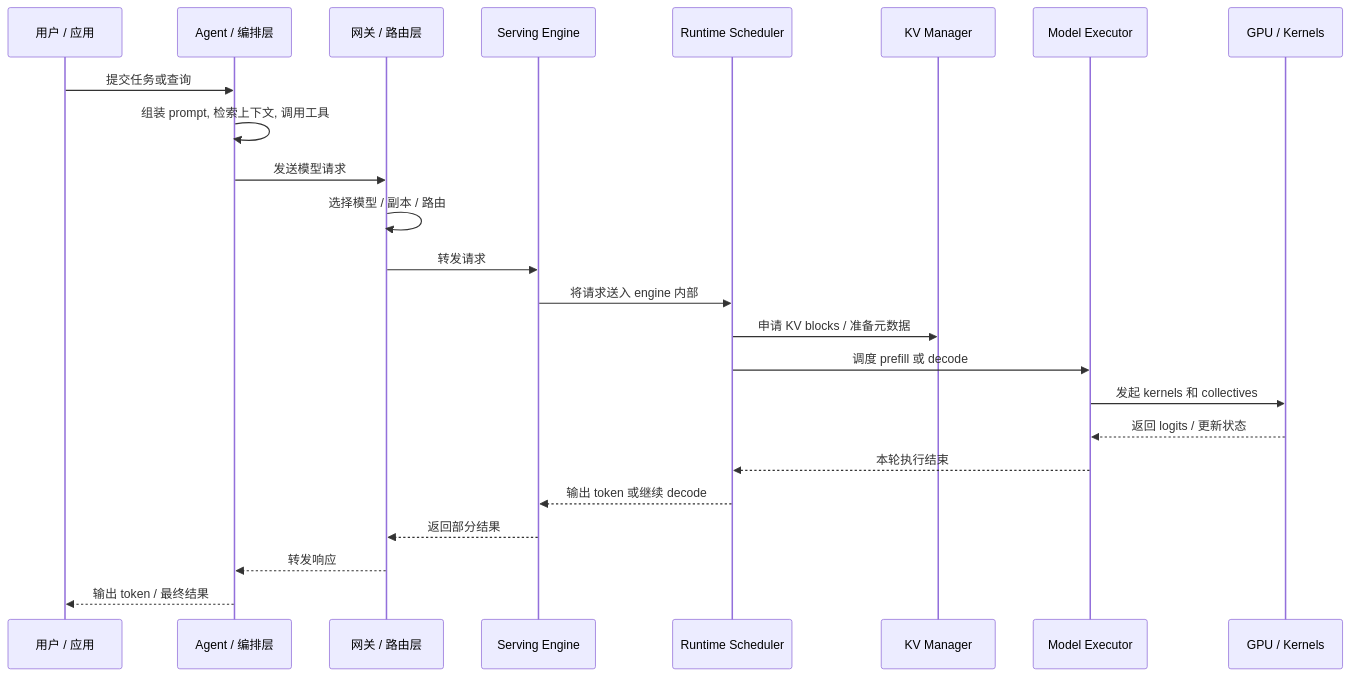
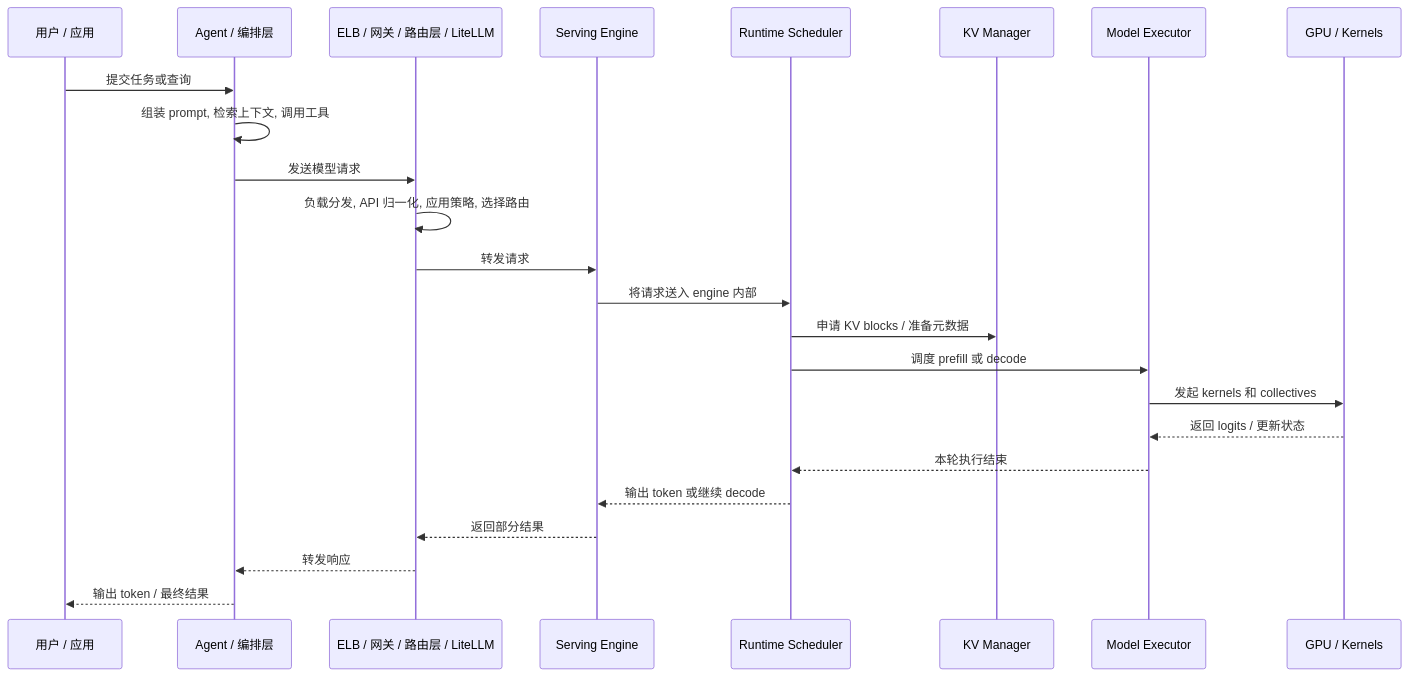
One commit to XPengZhao/dl-note changed the second of 2 diagrams in docs/zh/llms/request-lifecycle.md. Above: the diagram before and after it, drawn with Mermaid. The commit also changed other lines of this file and 36 other files, not shown here.

````diff
--- a/docs/zh/llms/request-lifecycle.md
+++ b/docs/zh/llms/request-lifecycle.md
@@ -101,27 +120,27 @@
 ```mermaid
 sequenceDiagram
     participant U as 用户 / 应用
     participant A as Agent / 编排层
-    participant R as 网关 / 路由层
+    participant R as ELB / 网关 / 路由层 / LiteLLM
     participant E as Serving Engine
     participant S as Runtime Scheduler
     participant K as KV Manager
     participant M as Model Executor
     participant G as GPU / Kernels
 
     U->>A: 提交任务或查询
     A->>A: 组装 prompt, 检索上下文, 调用工具
     A->>R: 发送模型请求
-    R->>R: 选择模型 / 副本 / 路由
+    R->>R: 负载分发, API 归一化, 应用策略, 选择路由
     R->>E: 转发请求
     E->>S: 将请求送入 engine 内部
     S->>K: 申请 KV blocks / 准备元数据
     S->>M: 调度 prefill 或 decode
     M->>G: 发起 kernels 和 collectives
     G-->>M: 返回 logits / 更新状态
     M-->>S: 本轮执行结束
     S-->>E: 输出 token 或继续 decode
     E-->>R: 返回部分结果
     R-->>A: 转发响应
     A-->>U: 输出 token / 最终结果
 ```
````
